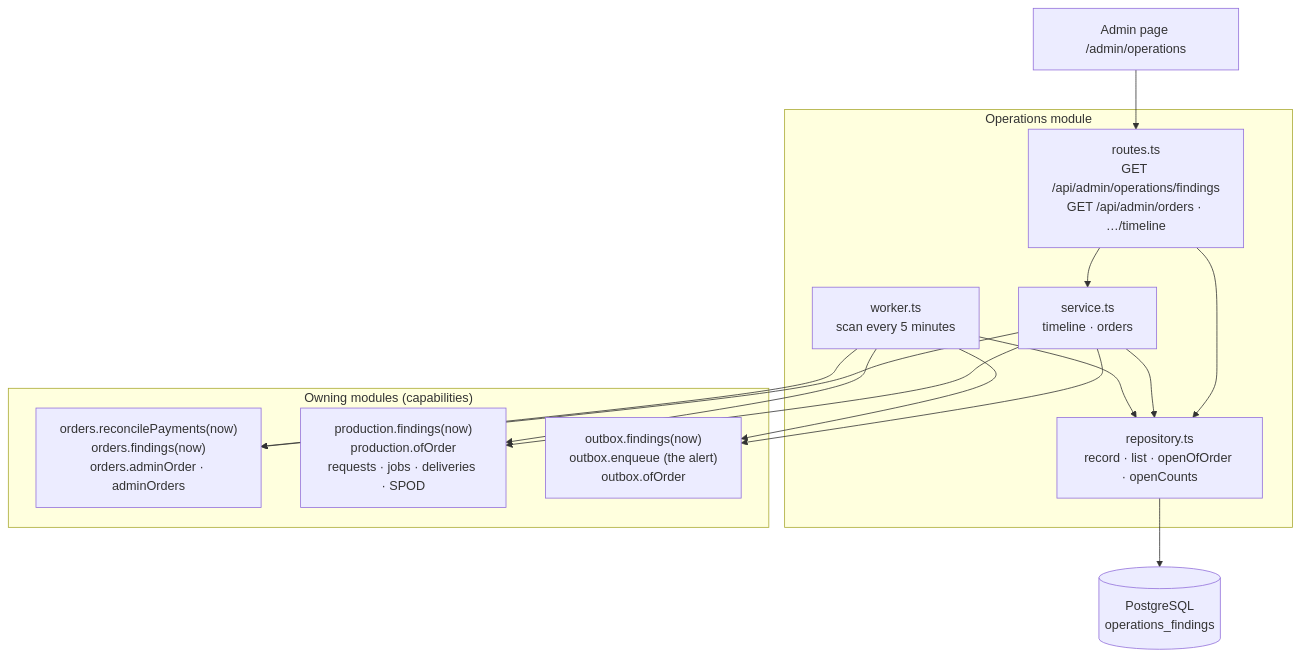
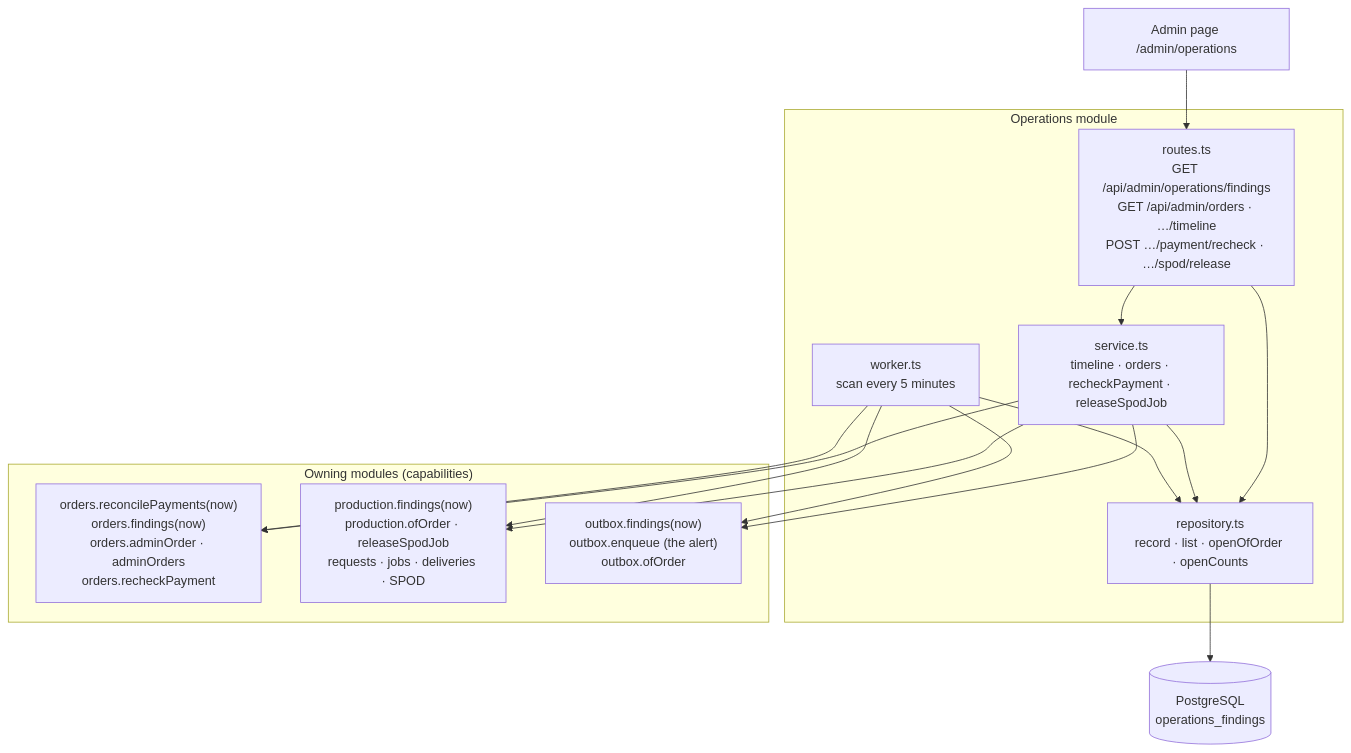
One commit to bitstorm-tech/voenix-shop-kotlin changed the diagram in docs/dev/backend-ts/packages/operations-package.md. Above: the diagram before and after it, drawn with Mermaid. The commit also changed other lines of this file and 30 other files, not shown here.

Commit message:
Let admins recheck a payment and release a quarantined SPOD job (#282 T5)

````diff
--- a/docs/dev/backend-ts/packages/operations-package.md
+++ b/docs/dev/backend-ts/packages/operations-package.md
@@ -54,25 +59,25 @@
 ```mermaid
 flowchart TB
     Admin["Admin page /admin/operations"]
 
     subgraph Operations["Operations module"]
-        Routes["routes.ts<br/>GET /api/admin/operations/findings<br/>GET /api/admin/orders · …/timeline"]
-        Service["service.ts<br/>timeline · orders"]
+        Routes["routes.ts<br/>GET /api/admin/operations/findings<br/>GET /api/admin/orders · …/timeline<br/>POST …/payment/recheck · …/spod/release"]
+        Service["service.ts<br/>timeline · orders · recheckPayment · releaseSpodJob"]
         Worker["worker.ts<br/>scan every 5 minutes"]
         Repository["repository.ts<br/>record · list · openOfOrder · openCounts"]
     end
 
     subgraph Owners["Owning modules (capabilities)"]
-        Orders["orders.reconcilePayments(now)<br/>orders.findings(now)<br/>orders.adminOrder · adminOrders"]
-        Production["production.findings(now)<br/>production.ofOrder<br/>requests · jobs · deliveries · SPOD"]
+        Orders["orders.reconcilePayments(now)<br/>orders.findings(now)<br/>orders.adminOrder · adminOrders<br/>orders.recheckPayment"]
+        Production["production.findings(now)<br/>production.ofOrder · releaseSpodJob<br/>requests · jobs · deliveries · SPOD"]
         Outbox["outbox.findings(now)<br/>outbox.enqueue (the alert)<br/>outbox.ofOrder"]
     end
 
     Table[("PostgreSQL<br/>operations_findings")]
 
     Admin --> Routes --> Repository
     Routes --> Service --> Repository
     Service --> Orders & Production & Outbox
     Worker --> Orders & Production & Outbox
     Worker --> Repository --> Table
 ```
````
